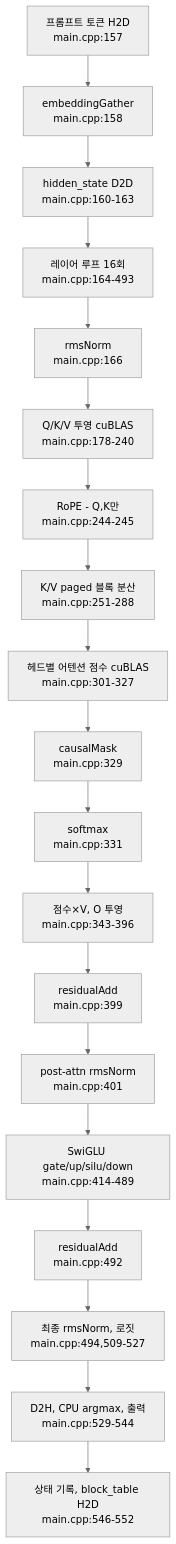
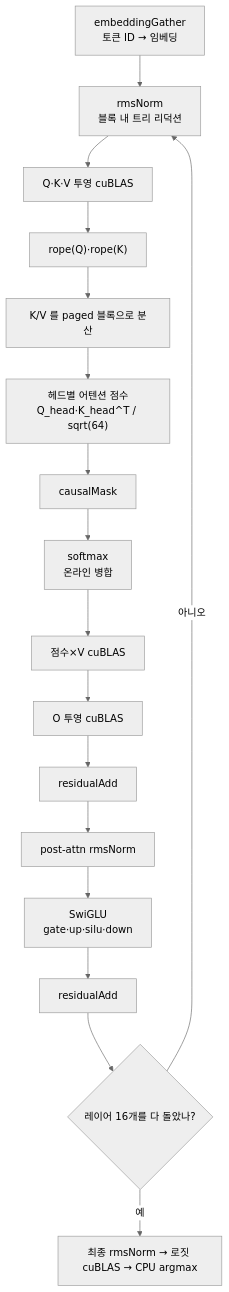
The first of 2 diagrams in data/code-series/jmaczan--tiny-vllm/articles/ko-03.md (ryujaehun/ryujaehun.github.io), drawn with Mermaid (neutral theme) before and after one commit. The commit also changed other lines of this file and 27 other files, not shown here.

````diff
--- a/data/code-series/jmaczan--tiny-vllm/articles/ko-03.md
+++ b/data/code-series/jmaczan--tiny-vllm/articles/ko-03.md
@@ -48,21 +31,19 @@
 ```mermaid
 flowchart TD
-    A["프롬프트 토큰 H2D<br/>main.cpp:157"] --> B["embeddingGather<br/>main.cpp:158"]
-    B --> C["hidden_state D2D<br/>main.cpp:160-163"]
-    C --> D["레이어 루프 16회<br/>main.cpp:164-493"]
-    D --> E["rmsNorm<br/>main.cpp:166"]
-    E --> F["Q/K/V 투영 cuBLAS<br/>main.cpp:178-240"]
-    F --> G["RoPE - Q,K만<br/>main.cpp:244-245"]
-    G --> H["K/V paged 블록 분산<br/>main.cpp:251-288"]
-    H --> I["헤드별 어텐션 점수 cuBLAS<br/>main.cpp:301-327"]
-    I --> J["causalMask<br/>main.cpp:329"]
-    J --> K["softmax<br/>main.cpp:331"]
-    K --> L["점수×V, O 투영<br/>main.cpp:343-396"]
-    L --> M["residualAdd<br/>main.cpp:399"]
-    M --> N["post-attn rmsNorm<br/>main.cpp:401"]
-    N --> O["SwiGLU gate/up/silu/down<br/>main.cpp:414-489"]
-    O --> P["residualAdd<br/>main.cpp:492"]
-    P --> Q["최종 rmsNorm, 로짓<br/>main.cpp:494,509-527"]
-    Q --> R["D2H, CPU argmax, 출력<br/>main.cpp:529-544"]
-    R --> S["상태 기록, block_table H2D<br/>main.cpp:546-552"]
+    A["embeddingGather<br/>토큰 ID → 임베딩"] --> B["rmsNorm<br/>블록 내 트리 리덕션"]
+    B --> C["Q·K·V 투영 cuBLAS"]
+    C --> D["rope(Q)·rope(K)"]
+    D --> E["K/V 를 paged 블록으로 분산"]
+    E --> F["헤드별 어텐션 점수<br/>Q_head·K_head^T / sqrt(64)"]
+    F --> G["causalMask"]
+    G --> H["softmax<br/>온라인 병합"]
+    H --> I["점수×V cuBLAS"]
+    I --> J["O 투영 cuBLAS"]
+    J --> K["residualAdd"]
+    K --> L["post-attn rmsNorm"]
+    L --> M["SwiGLU<br/>gate·up·silu·down"]
+    M --> N["residualAdd"]
+    N --> O{"레이어 16개를 다 돌았나?"}
+    O -->|아니오| B
+    O -->|예| P["최종 rmsNorm → 로짓 cuBLAS → CPU argmax"]
 ```
````
